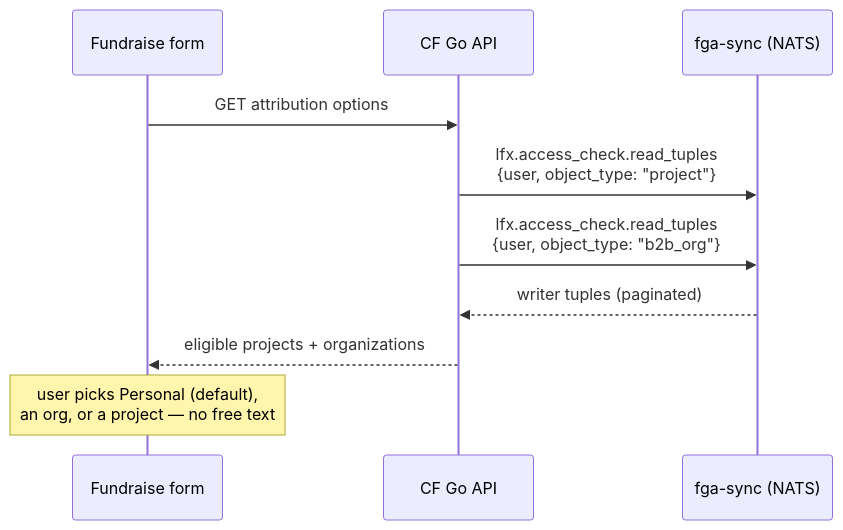
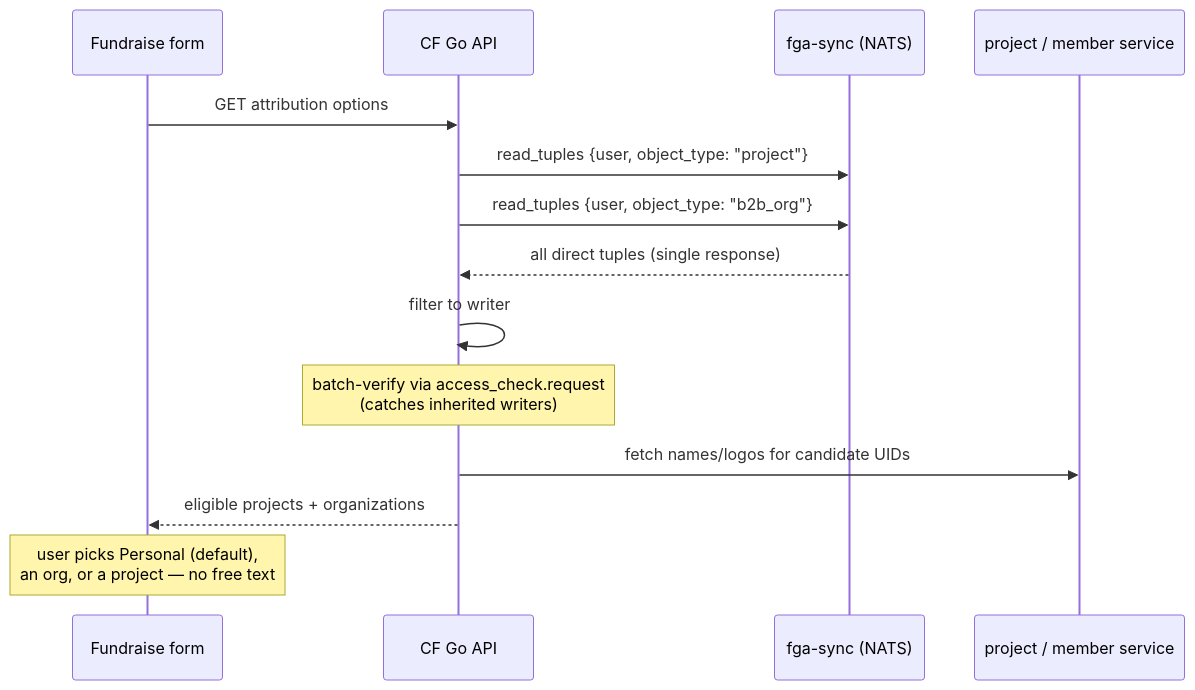
Before and after one commit to linuxfoundation/lfx-crowdfunding: the fourth of 4 diagrams in backend/docs/rewrite/11-initiative-attribution-and-access.md, drawn with Mermaid. The commit also changed other lines of this file, not shown here.

````diff
--- a/backend/docs/rewrite/11-initiative-attribution-and-access.md
+++ b/backend/docs/rewrite/11-initiative-attribution-and-access.md
@@ -190,13 +234,17 @@
 ```mermaid
 sequenceDiagram
     participant FE as Fundraise form
     participant API as CF Go API
     participant FS as fga-sync (NATS)
+    participant PS as project / member service
 
     FE->>API: GET attribution options
-    API->>FS: lfx.access_check.read_tuples<br/>{user, object_type: "project"}
-    API->>FS: lfx.access_check.read_tuples<br/>{user, object_type: "b2b_org"}
-    FS-->>API: writer tuples (paginated)
+    API->>FS: read_tuples {user, object_type: "project"}
+    API->>FS: read_tuples {user, object_type: "b2b_org"}
+    FS-->>API: all direct tuples (single response)
+    API->>API: filter to writer
+    Note over API: batch-verify via access_check.request<br/>(catches inherited writers)
+    API->>PS: fetch names/logos for candidate UIDs
     API-->>FE: eligible projects + organizations
     Note over FE: user picks Personal (default),<br/>an org, or a project — no free text
 ```
````
